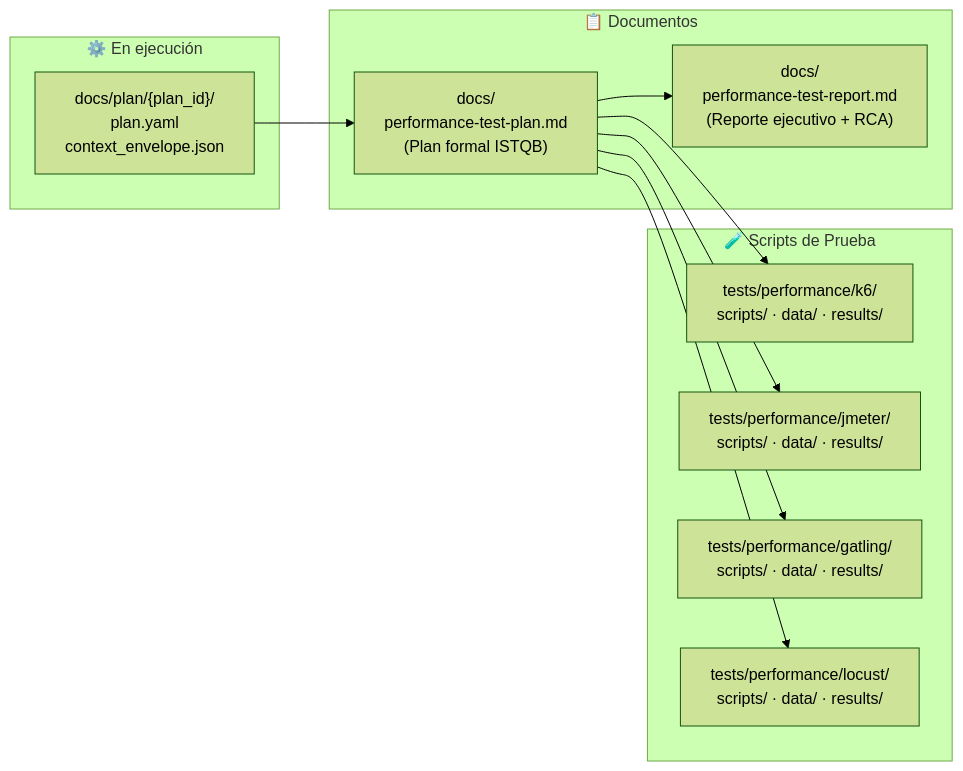
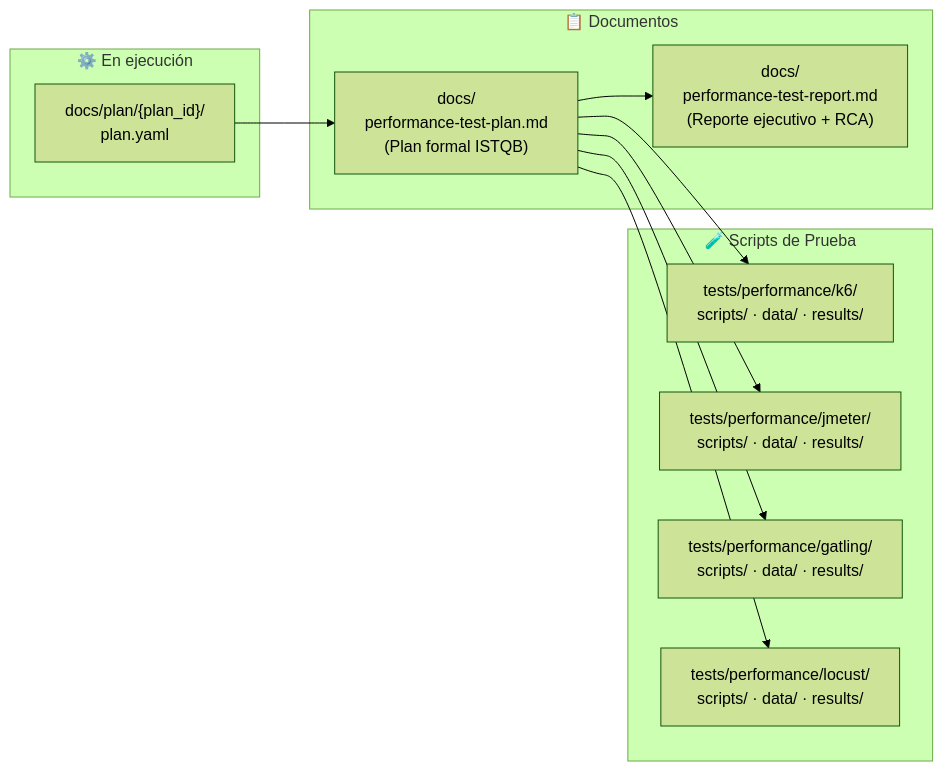
One commit to criquil/Intelligent_Performance_Test_Orchstrator changed the seventh of 7 diagrams in .opencode/skills/ptlc-arquitectura-mapas/MAP.md. Above: the diagram before and after it, drawn with Mermaid (forest theme). The commit also changed other lines of this file and 46 other files, not shown here.

````diff
--- a/.opencode/skills/ptlc-arquitectura-mapas/MAP.md
+++ b/.opencode/skills/ptlc-arquitectura-mapas/MAP.md
@@ -267,25 +322,25 @@
 ```mermaid
 flowchart LR
     subgraph RUNTIME["⚙️ En ejecución"]
-        PY["docs/plan/{plan_id}/\nplan.yaml\ncontext_envelope.json"]
+        PY["docs/plan/{plan_id}/\nplan.yaml"]
     end
 
     subgraph DOCS_OUT["📋 Documentos"]
         TP["docs/\nperformance-test-plan.md\n(Plan formal ISTQB)"]
         TR["docs/\nperformance-test-report.md\n(Reporte ejecutivo + RCA)"]
     end
 
     subgraph SCRIPTS["🧪 Scripts de Prueba"]
         K6S["tests/performance/k6/\nscripts/ · data/ · results/"]
         JMS["tests/performance/jmeter/\nscripts/ · data/ · results/"]
         GTS["tests/performance/gatling/\nscripts/ · data/ · results/"]
         LCS["tests/performance/locust/\nscripts/ · data/ · results/"]
     end
 
     PY --> TP
     TP --> TR
     TP --> K6S
     TP --> JMS
     TP --> GTS
     TP --> LCS
 ```
````
